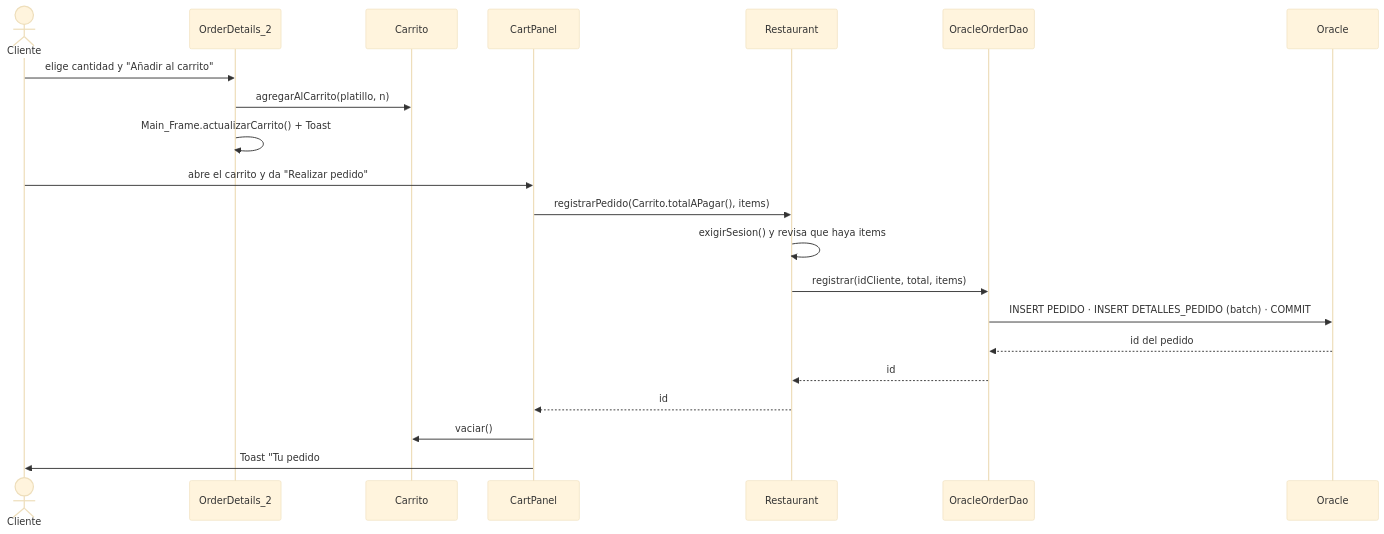
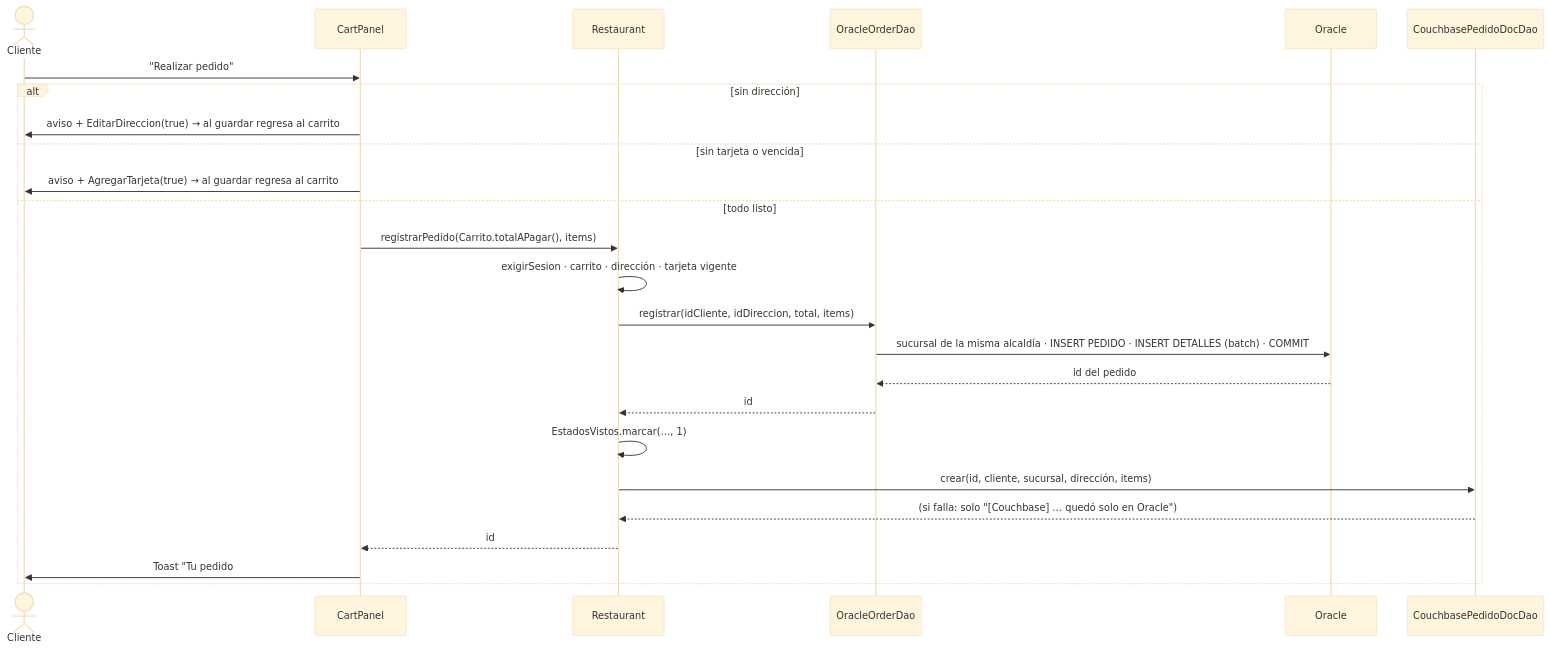
Before and after one commit to Jesusjes00/Le-cartoon-Gourtmet: the fourth of 5 diagrams in docs/REFERENCIA_TECNICA.md, drawn with Mermaid (base theme). The commit also changed other lines of this file, not shown here.

Commit message:
Docs: referencia tecnica al dia (Couchbase, tarjetas, direccion, sucursal por alcaldia, repartidor, swipe, ramas data/Client_data)

````diff
--- a/docs/REFERENCIA_TECNICA.md
+++ b/docs/REFERENCIA_TECNICA.md
@@ -730,24 +1028,28 @@
 ```mermaid
 sequenceDiagram
     actor C as Cliente
-    participant P as OrderDetails_2
-    participant K as Carrito
     participant CP as CartPanel
     participant R as Restaurant
     participant D as OracleOrderDao
     participant DB as Oracle
+    participant N as CouchbasePedidoDocDao
 
-    C->>P: elige cantidad y "Añadir al carrito"
-    P->>K: agregarAlCarrito(platillo, n)
-    P->>P: Main_Frame.actualizarCarrito() + Toast
-    C->>CP: abre el carrito y da "Realizar pedido"
-    CP->>R: registrarPedido(Carrito.totalAPagar(), items)
-    R->>R: exigirSesion() y revisa que haya items
-    R->>D: registrar(idCliente, total, items)
-    D->>DB: INSERT PEDIDO · INSERT DETALLES_PEDIDO (batch) · COMMIT
-    DB-->>D: id del pedido
-    D-->>R: id
-    R-->>CP: id
-    CP->>K: vaciar()
-    CP->>C: Toast "Tu pedido #id fue realizado" y regresa al inicio
+    C->>CP: "Realizar pedido"
+    alt sin dirección
+        CP->>C: aviso + EditarDireccion(true) → al guardar regresa al carrito
+    else sin tarjeta o vencida
+        CP->>C: aviso + AgregarTarjeta(true) → al guardar regresa al carrito
+    else todo listo
+        CP->>R: registrarPedido(Carrito.totalAPagar(), items)
+        R->>R: exigirSesion · carrito · dirección · tarjeta vigente
+        R->>D: registrar(idCliente, idDireccion, total, items)
+        D->>DB: sucursal de la misma alcaldía · INSERT PEDIDO · INSERT DETALLES (batch) · COMMIT
+        DB-->>D: id del pedido
+        D-->>R: id
+        R->>R: EstadosVistos.marcar(…, 1)
+        R->>N: crear(id, cliente, sucursal, dirección, items)
+        N-->>R: (si falla: solo "[Couchbase] … quedó solo en Oracle")
+        R-->>CP: id
+        CP->>C: Toast "Tu pedido #id fue realizado", vacía el carrito y regresa al inicio
+    end
 ```
````
